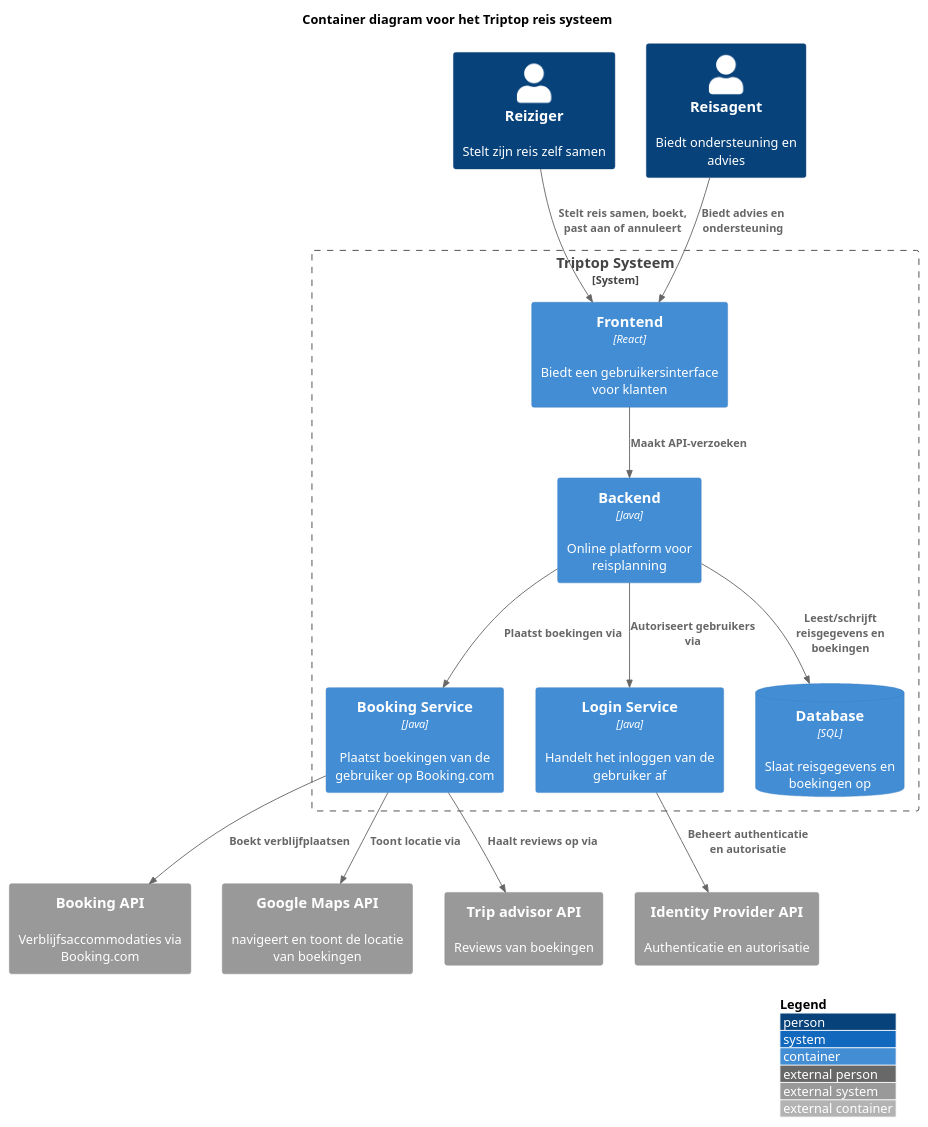
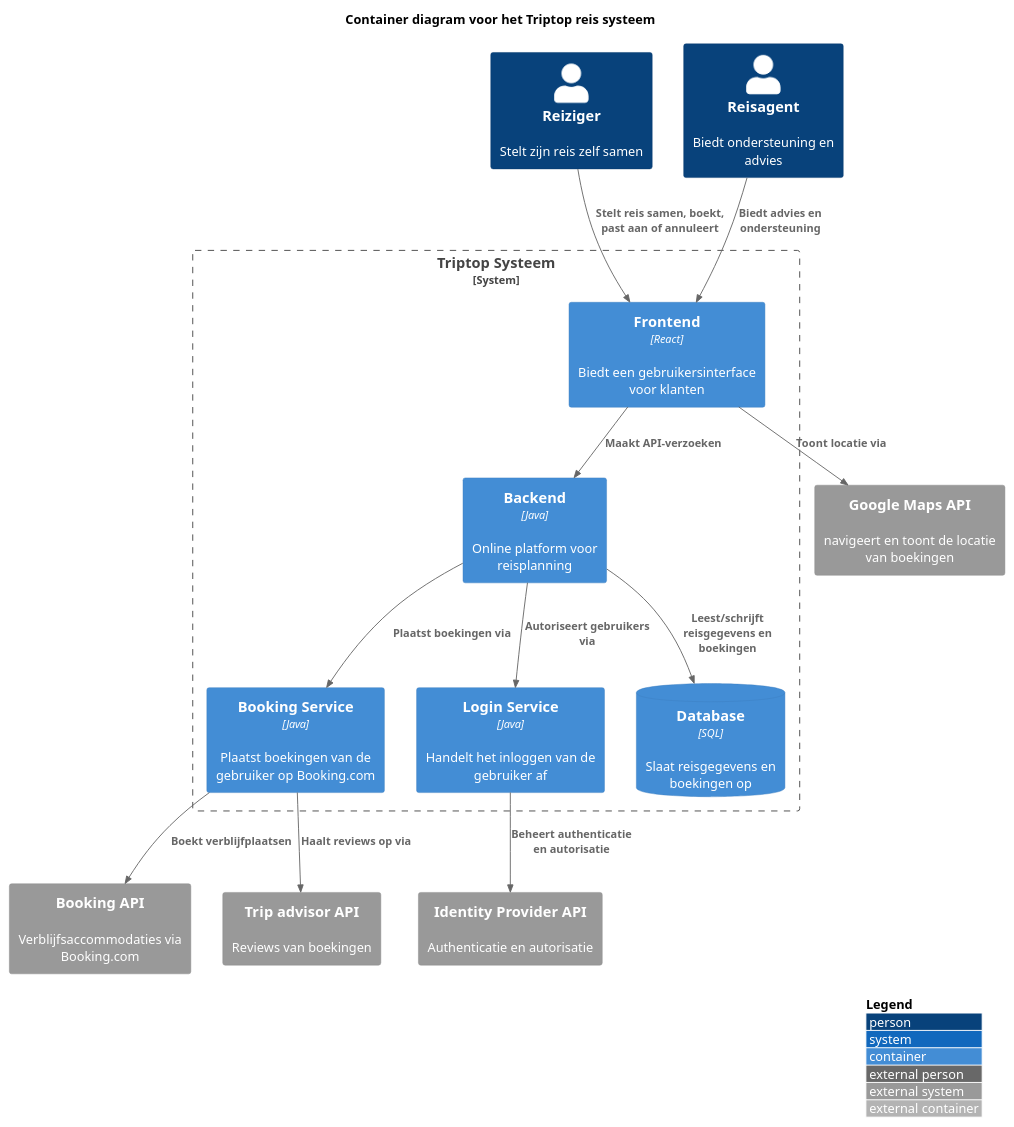
Before and after one commit to AIM-ENE-feb25/triptop-groep-b3: the diagram in software-guidebook/groep-container-diagram.puml, drawn with PlantUML.

```diff
--- a/software-guidebook/groep-container-diagram.puml
+++ b/software-guidebook/groep-container-diagram.puml
@@ -1,37 +1,37 @@
 @startuml
 !include <C4/C4>
 !include <C4/C4_Context>
 !include <C4/C4_Container>
 
 LAYOUT_WITH_LEGEND()
 
 title Container diagram voor het Triptop reis systeem
 
 Person(reiziger, "Reiziger", "Stelt zijn reis zelf samen")
 Person(reisagent, "Reisagent", "Biedt ondersteuning en advies")
 
 System_Boundary(triptop, "Triptop Systeem") {
     Container(frontend, "Frontend", "React","Biedt een gebruikersinterface voor klanten")
     Container(backend, "Backend", "Java", "Online platform voor reisplanning")
     Container(bookings, "Booking Service", "Java", "Plaatst boekingen van de gebruiker op Booking.com")
     Container(login, "Login Service", "Java", "Handelt het inloggen van de gebruiker af")
     ContainerDb(database, "Database", "SQL", "Slaat reisgegevens en boekingen op")
 }
 
 System_Ext(bookingAPI, "Booking API", "Verblijfsaccommodaties via Booking.com")
 System_Ext(MapsAPI, "Google Maps API", "navigeert en toont de locatie van boekingen")
 System_Ext(identityProviderAPI, "Identity Provider API", "Authenticatie en autorisatie")
 System_Ext(tripAdvisor, "Trip advisor API", "Reviews van boekingen")
 
 Rel(reiziger, frontend, "Stelt reis samen, boekt, past aan of annuleert")
 Rel(reisagent, frontend, "Biedt advies en ondersteuning")
 Rel(frontend, backend, "Maakt API-verzoeken")
 Rel(backend, database, "Leest/schrijft reisgegevens en boekingen")
 Rel(bookings, bookingAPI, "Boekt verblijfplaatsen")
-Rel(bookings, MapsAPI, "Toont locatie via")
+Rel(frontend, MapsAPI, "Toont locatie via")
 Rel(login, identityProviderAPI, "Beheert authenticatie en autorisatie")
 Rel(backend, bookings, "Plaatst boekingen via")
 Rel(backend, login, "Autoriseert gebruikers via")
 Rel(bookings, tripAdvisor, "Haalt reviews op via")
 
 @enduml
```
